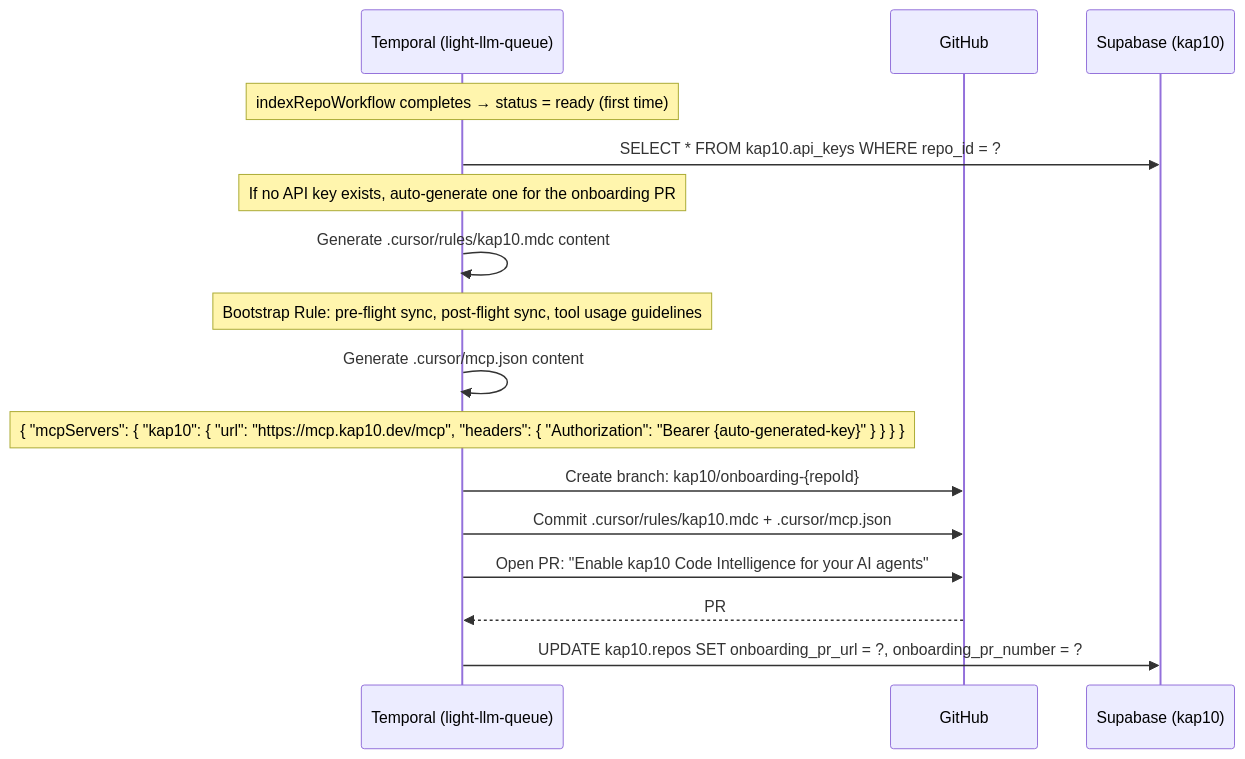
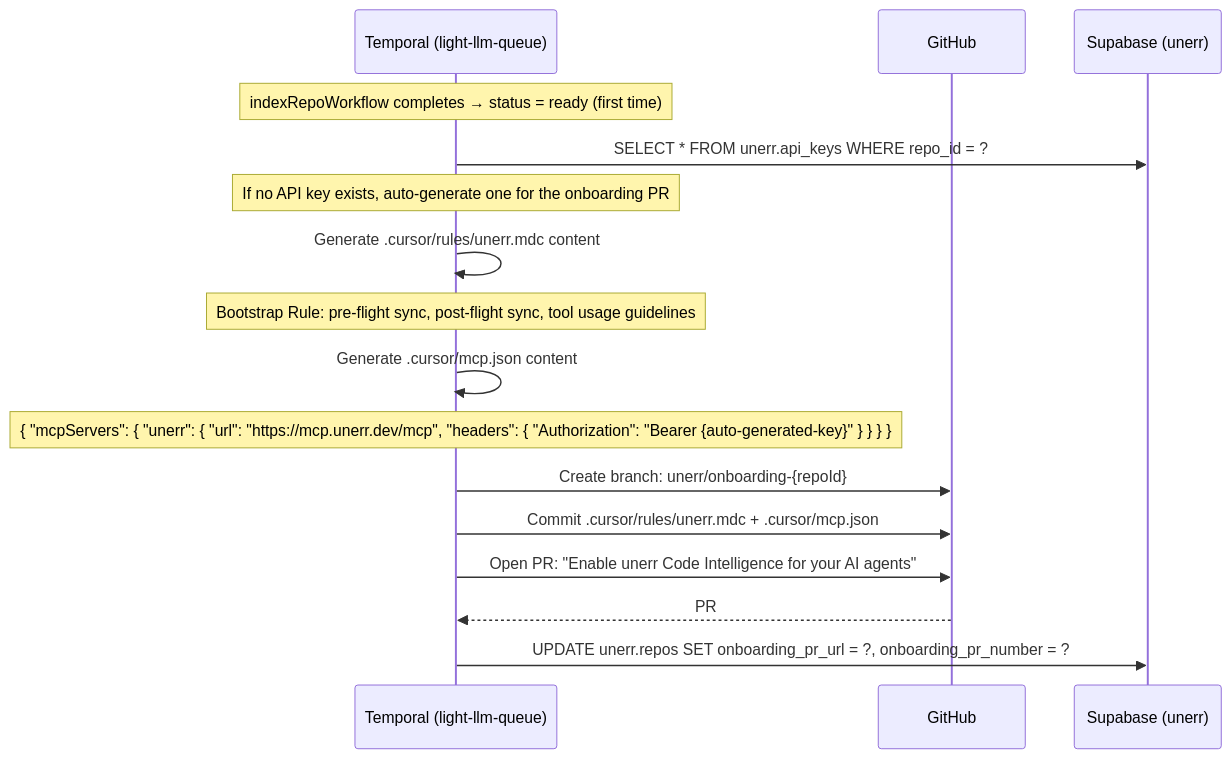
The fourth of 5 diagrams in docs/architecture/PHASE_2_HOSTED_MCP_SERVER.md (AutoRail-AI/kap10-server), drawn with Mermaid before and after one commit. The commit also changed other lines of this file and 157 other files, not shown here.

````diff
--- a/docs/architecture/PHASE_2_HOSTED_MCP_SERVER.md
+++ b/docs/architecture/PHASE_2_HOSTED_MCP_SERVER.md
@@ -344,24 +344,24 @@
 ```mermaid
 sequenceDiagram
     participant Temporal as Temporal (light-llm-queue)
     participant GitHub
-    participant Supabase as Supabase (kap10)
+    participant Supabase as Supabase (unerr)
 
     Note over Temporal: indexRepoWorkflow completes → status = ready (first time)
 
-    Temporal->>Supabase: SELECT * FROM kap10.api_keys WHERE repo_id = ?
+    Temporal->>Supabase: SELECT * FROM unerr.api_keys WHERE repo_id = ?
     Note over Temporal: If no API key exists, auto-generate one for the onboarding PR
 
-    Temporal->>Temporal: Generate .cursor/rules/kap10.mdc content
+    Temporal->>Temporal: Generate .cursor/rules/unerr.mdc content
     Note over Temporal: Bootstrap Rule: pre-flight sync, post-flight sync, tool usage guidelines
 
     Temporal->>Temporal: Generate .cursor/mcp.json content
-    Note over Temporal: { "mcpServers": { "kap10": { "url": "https://mcp.kap10.dev/mcp", "headers": { "Authorization": "Bearer {auto-generated-key}" } } } }
+    Note over Temporal: { "mcpServers": { "unerr": { "url": "https://mcp.unerr.dev/mcp", "headers": { "Authorization": "Bearer {auto-generated-key}" } } } }
 
-    Temporal->>GitHub: Create branch: kap10/onboarding-{repoId}
-    Temporal->>GitHub: Commit .cursor/rules/kap10.mdc + .cursor/mcp.json
-    Temporal->>GitHub: Open PR: "Enable kap10 Code Intelligence for your AI agents"
+    Temporal->>GitHub: Create branch: unerr/onboarding-{repoId}
+    Temporal->>GitHub: Commit .cursor/rules/unerr.mdc + .cursor/mcp.json
+    Temporal->>GitHub: Open PR: "Enable unerr Code Intelligence for your AI agents"
     GitHub-->>Temporal: PR #N created
 
-    Temporal->>Supabase: UPDATE kap10.repos SET onboarding_pr_url = ?, onboarding_pr_number = ?
+    Temporal->>Supabase: UPDATE unerr.repos SET onboarding_pr_url = ?, onboarding_pr_number = ?
 ```
````
